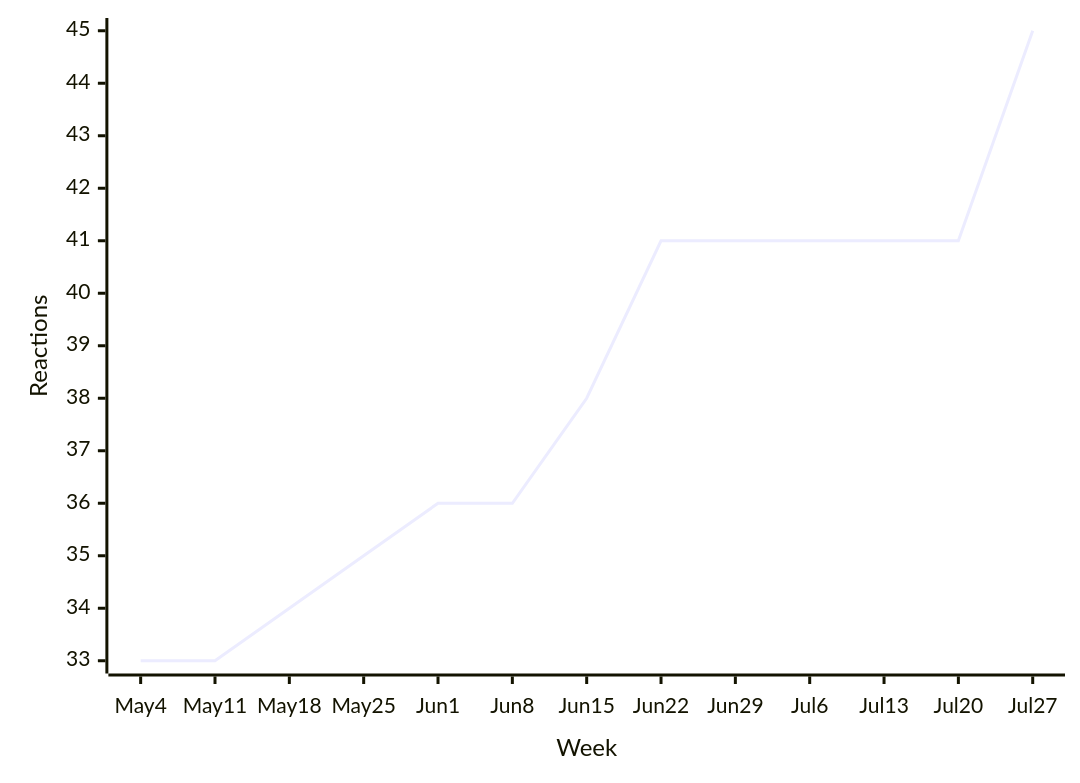
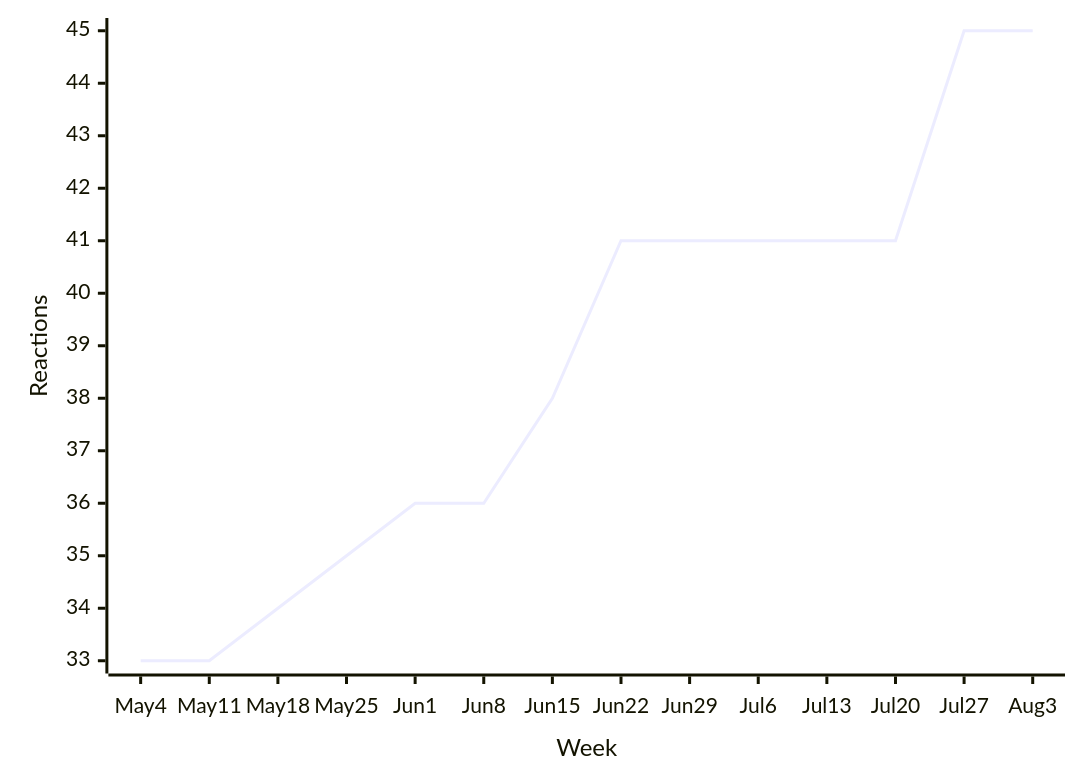
Before and after one commit to loic-sharma/github-insights: diagram 16 of 44 in README.md, drawn with Mermaid. The commit also changed other lines of this file and 3 other files, not shown here.

````diff
--- a/README.md
+++ b/README.md
@@ -594,6 +594,6 @@
   ```mermaid
   xychart-beta
-    x-axis "Week" [May 4, May 11, May 18, May 25, Jun 1, Jun 8, Jun 15, Jun 22, Jun 29, Jul 6, Jul 13, Jul 20, Jul 27]
+    x-axis "Week" [May 4, May 11, May 18, May 25, Jun 1, Jun 8, Jun 15, Jun 22, Jun 29, Jul 6, Jul 13, Jul 20, Jul 27, Aug 3]
     y-axis "Reactions"
-    line [33, 33, 34, 35, 36, 36, 38, 41, 41, 41, 41, 41, 45]
+    line [33, 33, 34, 35, 36, 36, 38, 41, 41, 41, 41, 41, 45, 45]
   ```
````
